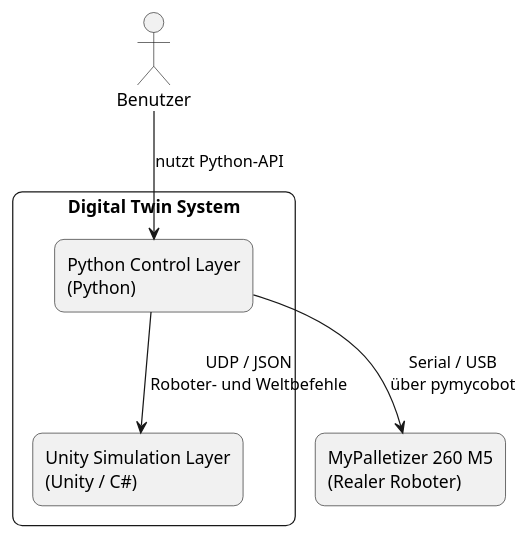
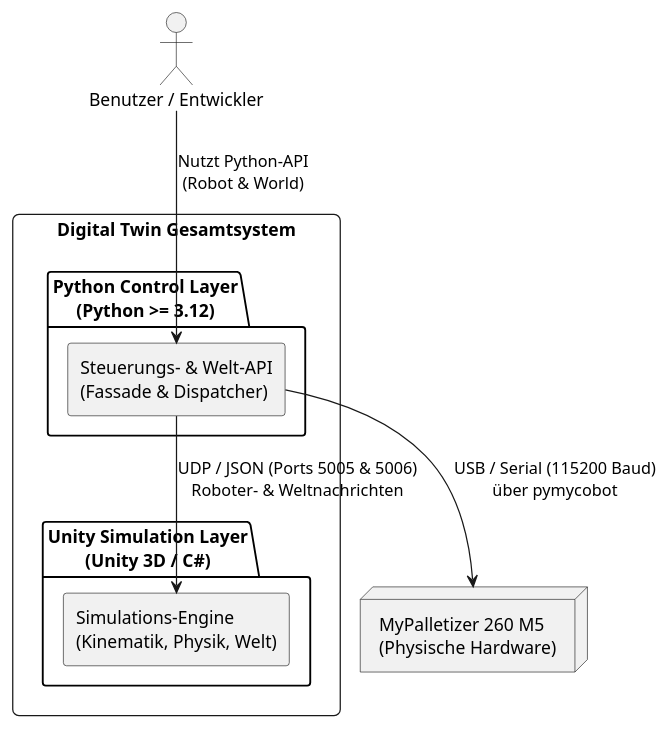
The first of 6 diagrams in docs/asciidoc/chapters/05_building_block_view.adoc (Stonehouse1703/DigitalTwin-for-MyPalletizer-260-M5-UnityVersion), drawn with PlantUML before and after one commit. The commit also changed other lines of this file and 12 other files, not shown here.

```diff
--- a/docs/asciidoc/chapters/05_building_block_view.adoc
+++ b/docs/asciidoc/chapters/05_building_block_view.adoc
@@ -33,23 +12,28 @@
 [plantuml, target="diagram-building-blocks-l1", format="png"]
 ----
 @startuml
 skinparam rectangle {
-    RoundCorner 15
+    RoundCorner 10
 }
 skinparam componentStyle rectangle
 
-actor "Benutzer" as User
+actor "Benutzer / Entwickler" as User
 
-rectangle "Digital Twin System" as DTS {
-    rectangle "Python Control Layer\n(Python)" as PythonLayer
-    rectangle "Unity Simulation Layer\n(Unity / C#)" as UnityLayer
+rectangle "Digital Twin Gesamtsystem" as DTS {
+    package "Python Control Layer\n(Python >= 3.12)" as PythonLayer {
+        component "Steuerungs- & Welt-API\n(Fassade & Dispatcher)" as PyAPI
+    }
+    
+    package "Unity Simulation Layer\n(Unity 3D / C#)" as UnityLayer {
+        component "Simulations-Engine\n(Kinematik, Physik, Welt)" as UnitySim
+    }
 }
 
-rectangle "MyPalletizer 260 M5\n(Realer Roboter)" as RealRobot
+node "MyPalletizer 260 M5\n(Physische Hardware)" as RealRobot
 
-User --> PythonLayer : nutzt Python-API
-PythonLayer --> UnityLayer : UDP / JSON\nRoboter- und Weltbefehle
-PythonLayer --> RealRobot : Serial / USB\nüber pymycobot
+User --> PyAPI : Nutzt Python-API\n(Robot & World)
+PyAPI --> UnitySim : UDP / JSON (Ports 5005 & 5006)\nRoboter- & Weltnachrichten
+PyAPI --> RealRobot : USB / Serial (115200 Baud)\nüber pymycobot
 
 @enduml
 ----
```
